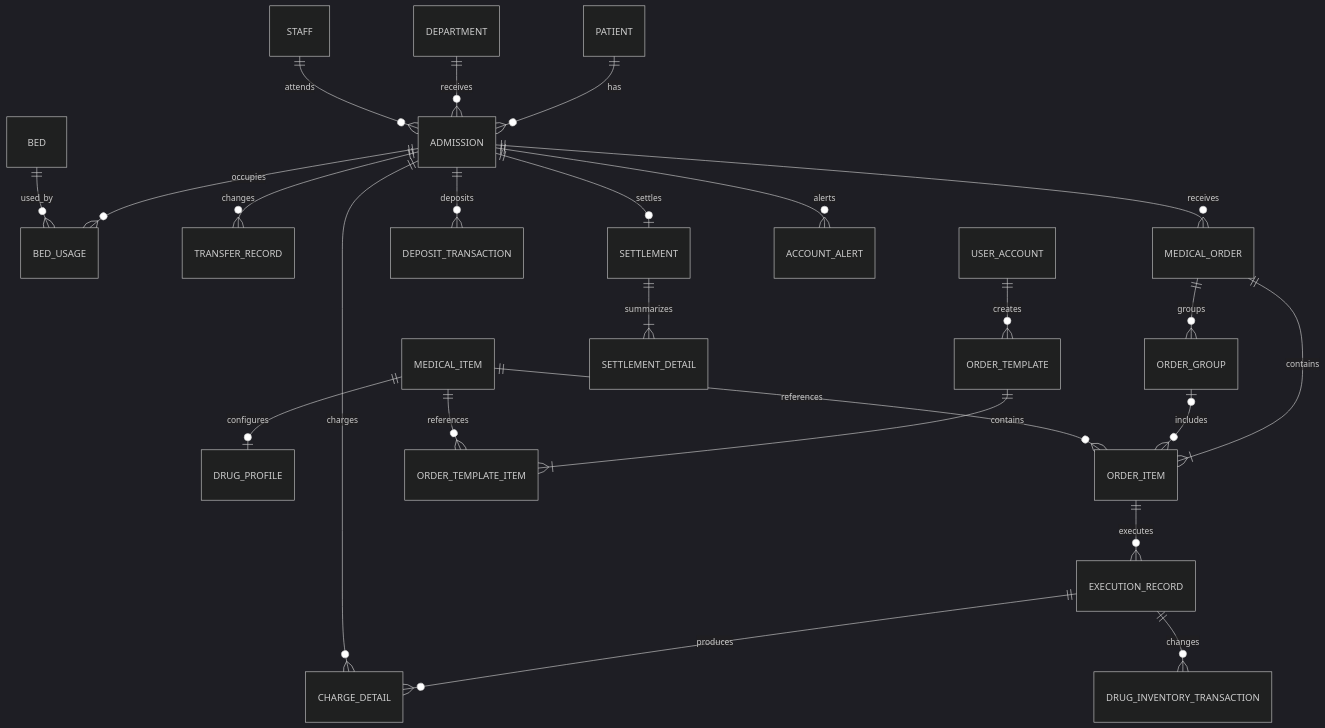
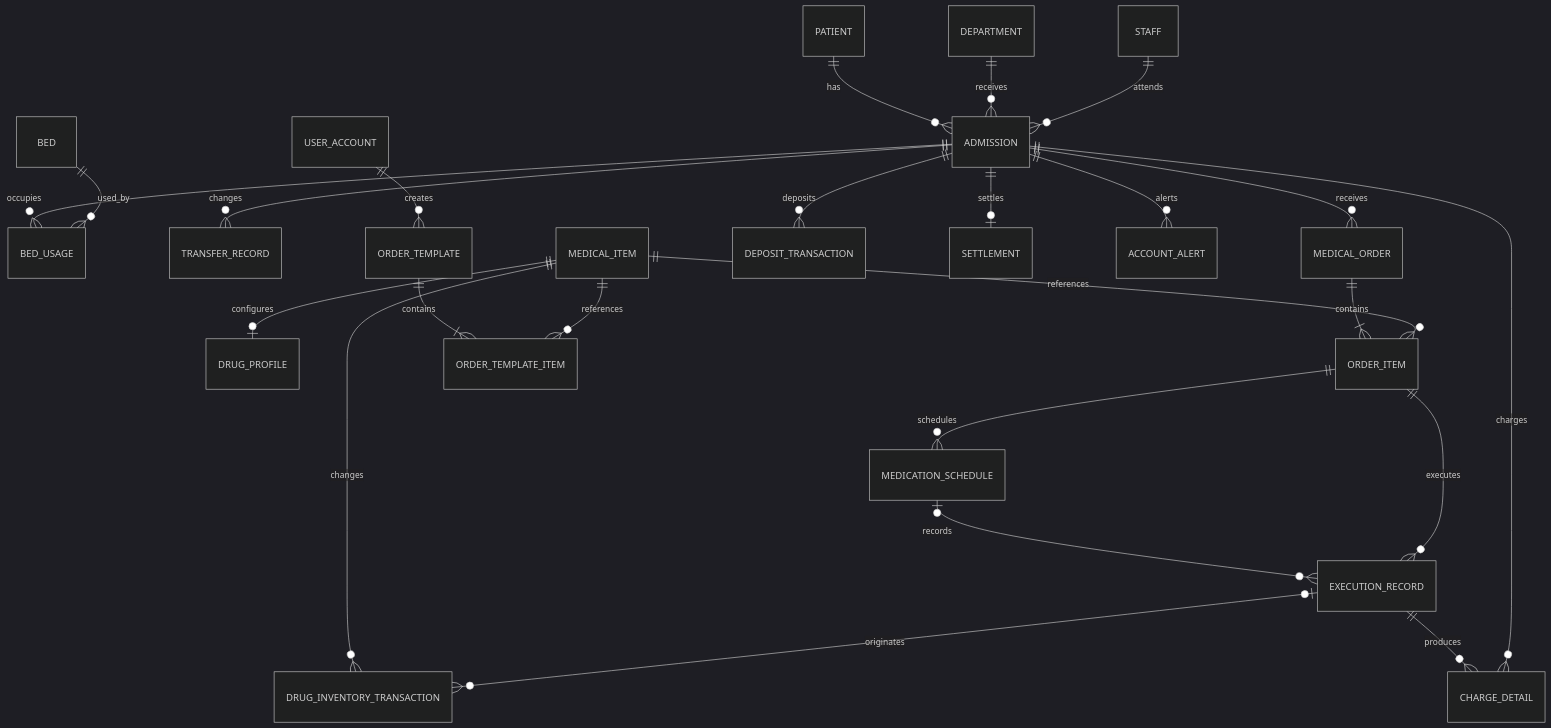
The first of 3 diagrams in docs/实体关系设计.md (helanfameng/Hospital-manage), drawn with Mermaid (dark theme) before and after one commit. The commit also changed other lines of this file and 99 other files, not shown here.

````diff
--- a/docs/实体关系设计.md
+++ b/docs/实体关系设计.md
@@ -5,26 +5,26 @@
 ```mermaid
 erDiagram
   PATIENT ||--o{ ADMISSION : has
   DEPARTMENT ||--o{ ADMISSION : receives
   STAFF ||--o{ ADMISSION : attends
   ADMISSION ||--o{ BED_USAGE : occupies
   BED ||--o{ BED_USAGE : used_by
   ADMISSION ||--o{ TRANSFER_RECORD : changes
   ADMISSION ||--o{ MEDICAL_ORDER : receives
   MEDICAL_ITEM ||--o| DRUG_PROFILE : configures
   MEDICAL_ORDER ||--|{ ORDER_ITEM : contains
-  MEDICAL_ORDER ||--o{ ORDER_GROUP : groups
-  ORDER_GROUP o|--o{ ORDER_ITEM : includes
   MEDICAL_ITEM ||--o{ ORDER_ITEM : references
+  ORDER_ITEM ||--o{ MEDICATION_SCHEDULE : schedules
+  MEDICATION_SCHEDULE o|--o{ EXECUTION_RECORD : records
   ORDER_ITEM ||--o{ EXECUTION_RECORD : executes
   EXECUTION_RECORD ||--o{ CHARGE_DETAIL : produces
-  EXECUTION_RECORD ||--o{ DRUG_INVENTORY_TRANSACTION : changes
+  MEDICAL_ITEM ||--o{ DRUG_INVENTORY_TRANSACTION : changes
+  EXECUTION_RECORD o|--o{ DRUG_INVENTORY_TRANSACTION : originates
   ADMISSION ||--o{ DEPOSIT_TRANSACTION : deposits
   ADMISSION ||--o{ CHARGE_DETAIL : charges
   ADMISSION ||--o| SETTLEMENT : settles
-  SETTLEMENT ||--|{ SETTLEMENT_DETAIL : summarizes
   ADMISSION ||--o{ ACCOUNT_ALERT : alerts
   USER_ACCOUNT ||--o{ ORDER_TEMPLATE : creates
   ORDER_TEMPLATE ||--|{ ORDER_TEMPLATE_ITEM : contains
   MEDICAL_ITEM ||--o{ ORDER_TEMPLATE_ITEM : references
 ```
````
